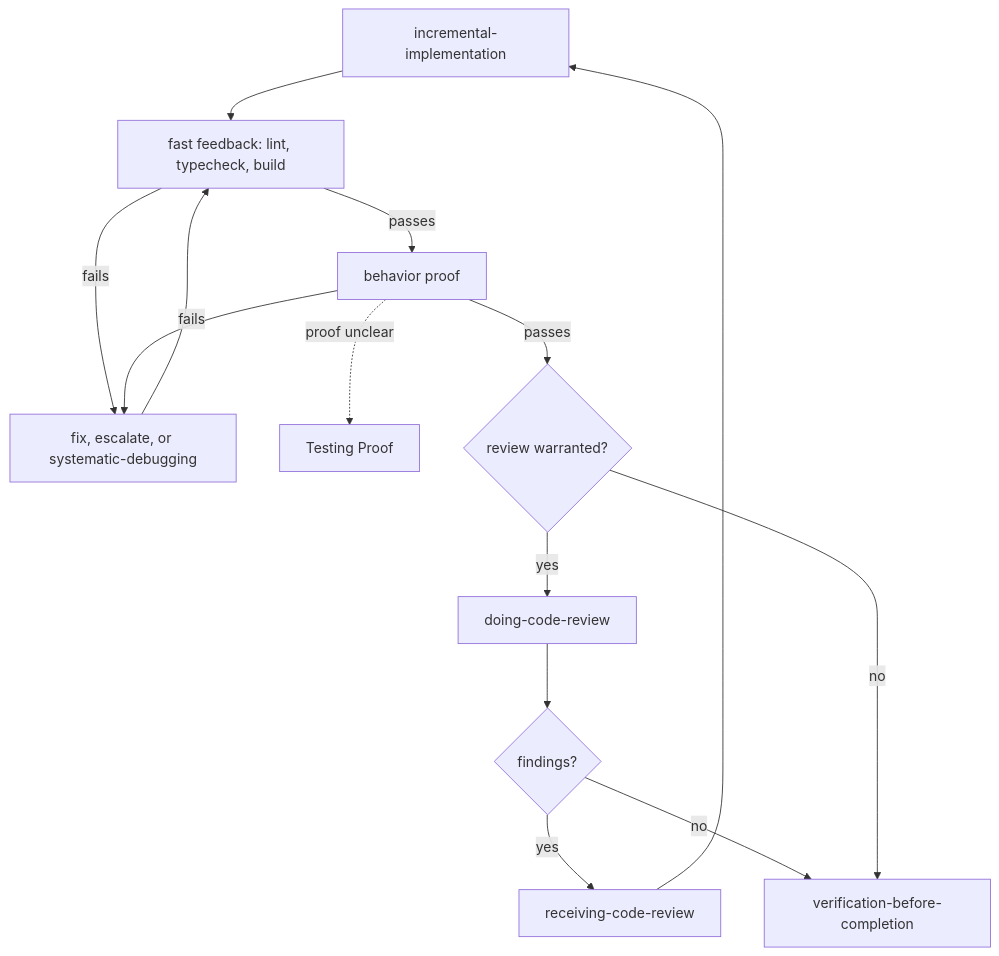
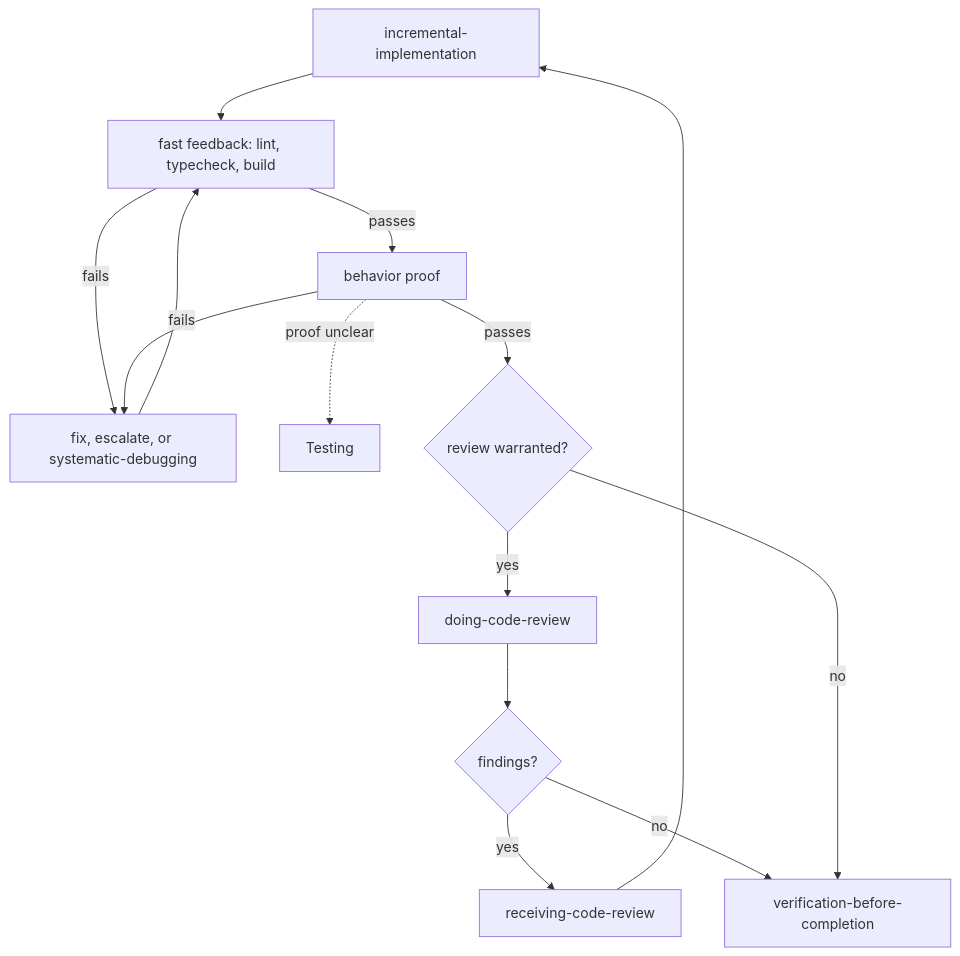
One commit to quick-brown-foxxx/myai changed diagram 11 of 14 in skills/README.md. Above: the diagram before and after it, drawn with Mermaid. The commit also changed other lines of this file, not shown here.

````diff
--- a/skills/README.md
+++ b/skills/README.md
@@ -351,16 +351,16 @@
 ```mermaid
 flowchart TD
   A[incremental-implementation] --> B[fast feedback: lint, typecheck, build]
   B -->|fails| C[fix, escalate, or systematic-debugging]
   C --> B
   B -->|passes| D[behavior proof]
-  D -. proof unclear .-> E[Testing Proof]
+  D -. proof unclear .-> E[Testing]
   D -->|fails| C
   D -->|passes| F{review warranted?}
   F -- yes --> G[doing-code-review]
   G --> H{findings?}
   H -- yes --> I[receiving-code-review]
   I --> A
   H -- no --> J[verification-before-completion]
   F -- no --> J
 ```
````
